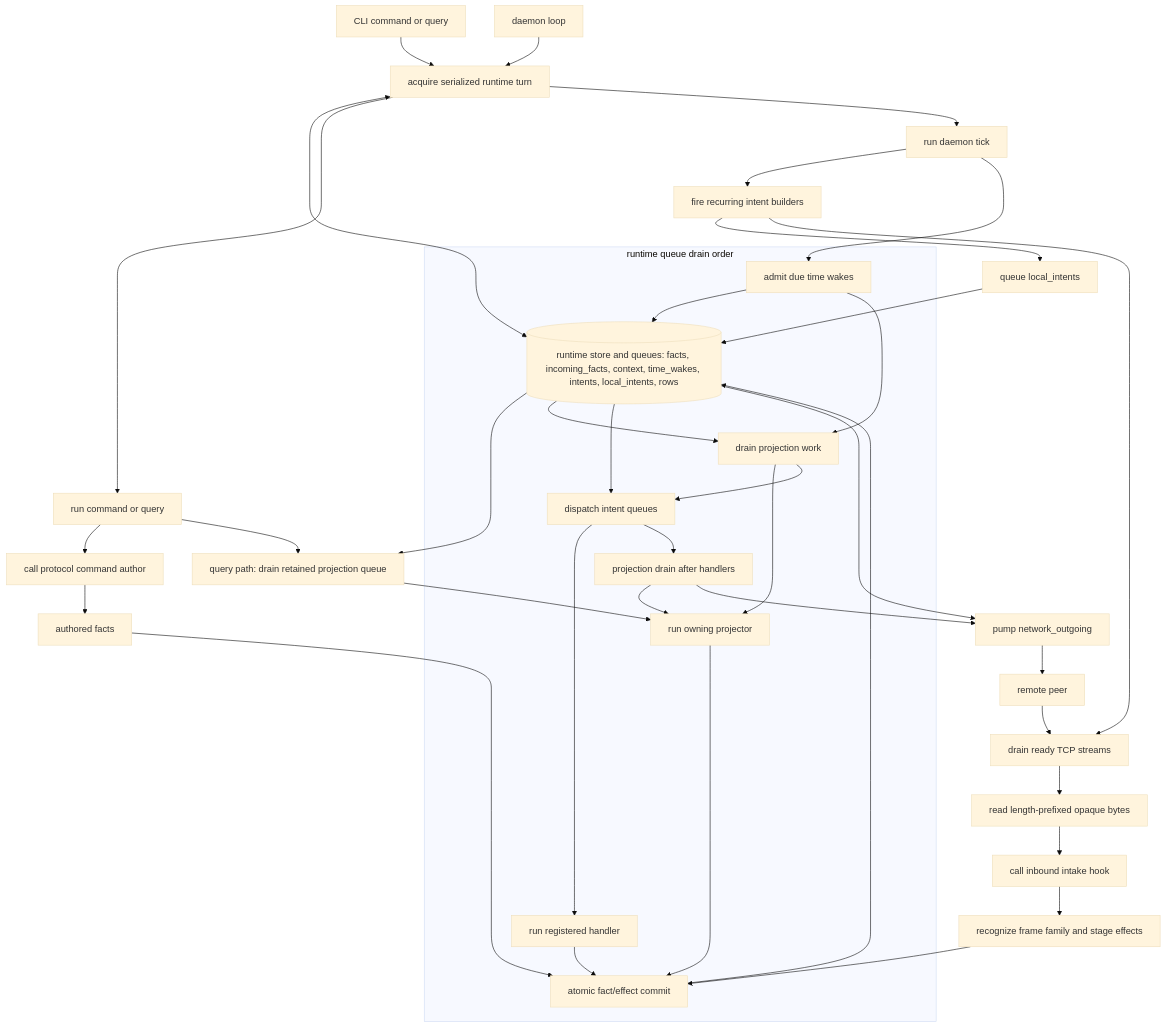
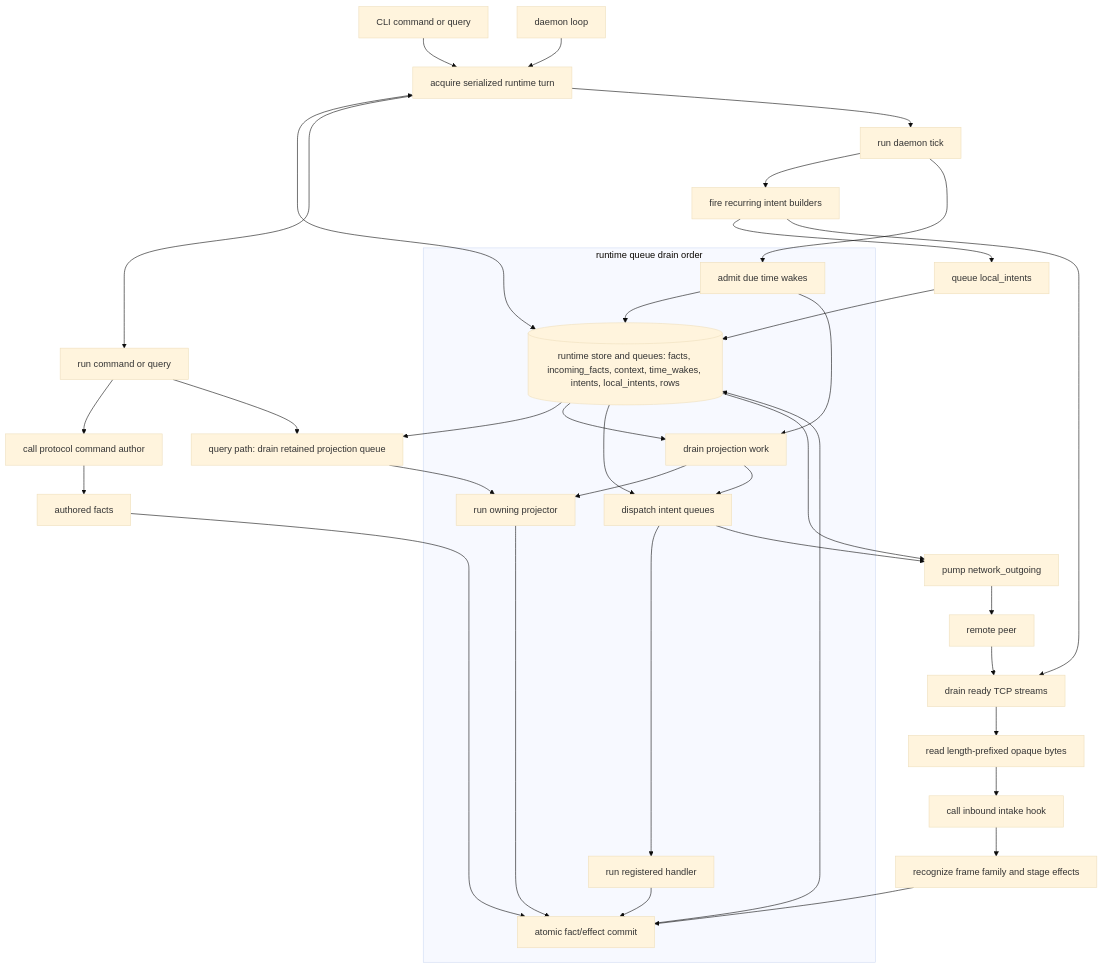
The first of 5 diagrams in ARCHITECTURE_DIAGRAMS.md (holmesworcester/poc-10), drawn with Mermaid (base theme) before and after one commit. The commit also changed 6 other files, not shown here.

````diff
--- a/ARCHITECTURE_DIAGRAMS.md
+++ b/ARCHITECTURE_DIAGRAMS.md
@@ -22,46 +22,44 @@
 ```mermaid
 %%{init: {"flowchart": {"wrappingWidth": 320}} }%%
 flowchart TD
     CLI["CLI command or query"] --> TURN["acquire serialized runtime turn"]
     DAEMON["daemon loop"] --> TURN
     TURN <--> STORE[("runtime store and queues: facts, incoming_facts, context, time_wakes, intents, local_intents, rows")]
 
     TURN --> COMMAND_PATH["run command or query"]
     COMMAND_PATH --> COMMANDS["call protocol command author"]
     COMMANDS --> COMMAND_FACTS["authored facts"]
     COMMAND_FACTS --> COMMIT["atomic fact/effect commit"]
     COMMAND_PATH --> PREQUERY_QUEUE["query path: drain retained projection queue"]
     STORE --> PREQUERY_QUEUE
     PREQUERY_QUEUE --> PROJECTOR
 
     TURN --> DAEMON_PATH["run daemon tick"]
     DAEMON_PATH --> FIRE["fire recurring intent builders"]
     FIRE --> LOCAL_QUEUE["queue local_intents"]
     LOCAL_QUEUE --> STORE
     FIRE --> NET_IN["drain ready TCP streams"]
     NET_IN --> FRAME["read length-prefixed opaque bytes"]
     FRAME --> INTAKE["call inbound intake hook"]
     INTAKE --> RECOGNIZE["recognize frame family and stage effects"]
     RECOGNIZE --> COMMIT
     DAEMON_PATH --> TIME["admit due time wakes"]
     TIME --> STORE
 
     subgraph DRAIN["runtime queue drain order"]
       TIME --> PROJECTION_A["drain projection work"]
       STORE --> PROJECTION_A
       PROJECTION_A --> PROJECTOR["run owning projector"]
       PROJECTOR --> COMMIT
       PROJECTION_A --> DISPATCH["dispatch intent queues"]
       STORE --> DISPATCH
       DISPATCH --> HANDLERS["run registered handler"]
       HANDLERS --> COMMIT
-      DISPATCH --> PROJECTION_B["projection drain after handlers"]
-      PROJECTION_B --> PROJECTOR
     end
 
     COMMIT --> STORE
-    PROJECTION_B --> NET_OUT["pump network_outgoing"]
+    DISPATCH --> NET_OUT["pump network_outgoing"]
     STORE --> NET_OUT
     NET_OUT --> PEER["remote peer"]
     PEER --> NET_IN
 ```
````
